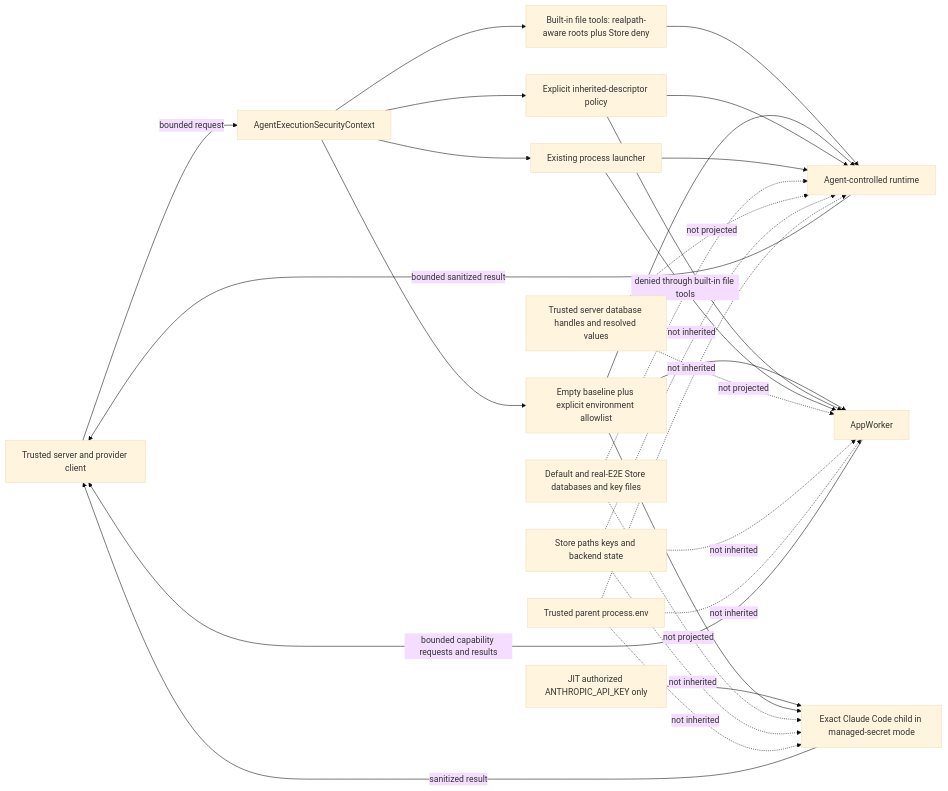
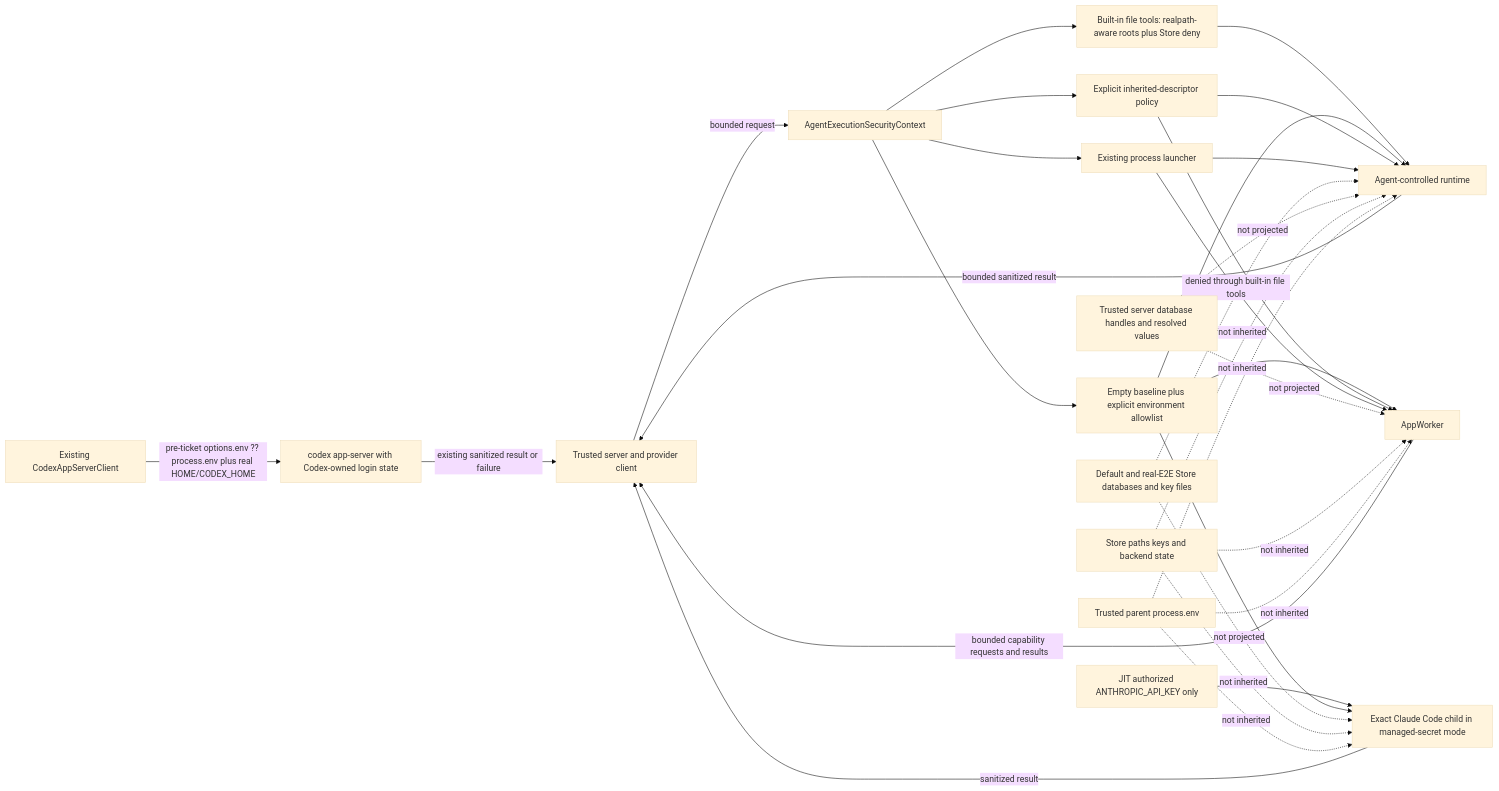
Diagram 18 of 20 in tickets/in-progress/secure-centralized-secret-provisioning/secret-storage-architecture.md (AutoByteus/autobyteus-workspace), drawn with Mermaid (base theme) before and after one commit. The commit also changed other lines of this file and 86 other files, not shown here.

````diff
--- a/tickets/in-progress/secure-centralized-secret-provisioning/secret-storage-architecture.md
+++ b/tickets/in-progress/secure-centralized-secret-provisioning/secret-storage-architecture.md
@@ -606,32 +750,34 @@
 ```mermaid
 flowchart LR
   Trusted["Trusted server and provider client"] -->|"bounded request"| Security["AgentExecutionSecurityContext"]
   Security --> FilePolicy["Built-in file tools: realpath-aware roots plus Store deny"]
   Security --> EnvPolicy["Empty baseline plus explicit environment allowlist"]
   Security --> DescriptorPolicy["Explicit inherited-descriptor policy"]
   Security --> Launcher["Existing process launcher"]
   FilePolicy --> Agent["Agent-controlled runtime"]
   EnvPolicy --> Agent
   DescriptorPolicy --> Agent
   Launcher --> Agent
   EnvPolicy --> AppWorker
   DescriptorPolicy --> AppWorker
   Launcher --> AppWorker
   Agent -->|"bounded sanitized result"| Trusted
   AppWorker -->|"bounded capability requests and results"| Trusted
 
   StoreFiles["Default and real-E2E Store databases and key files"] -. "denied through built-in file tools" .-> Agent
   StoreHandles["Trusted server database handles and resolved values"] -. "not projected" .-> Agent
   StoreHandles -. "not projected" .-> AppWorker
   BackendState["Store paths keys and backend state"] -. "not inherited" .-> Agent
   BackendState -. "not inherited" .-> AppWorker
   ParentEnv["Trusted parent process.env"] -. "not inherited" .-> Agent
   ParentEnv -. "not inherited" .-> AppWorker
+  CodexClient["Existing CodexAppServerClient"] -->|"pre-ticket options.env ?? process.env plus real HOME/CODEX_HOME"| CodexRuntime["codex app-server with Codex-owned login state"]
+  CodexRuntime -->|"existing sanitized result or failure"| Trusted
   ManagedClaude["Exact Claude Code child in managed-secret mode"]
   ClaudeDelivery["JIT authorized ANTHROPIC_API_KEY only"] --> ManagedClaude
   EnvPolicy --> ManagedClaude
   ManagedClaude -->|"sanitized result"| Trusted
   StoreFiles -. "not projected" .-> ManagedClaude
   BackendState -. "not inherited" .-> ManagedClaude
   ParentEnv -. "not inherited" .-> ManagedClaude
 ```
````
